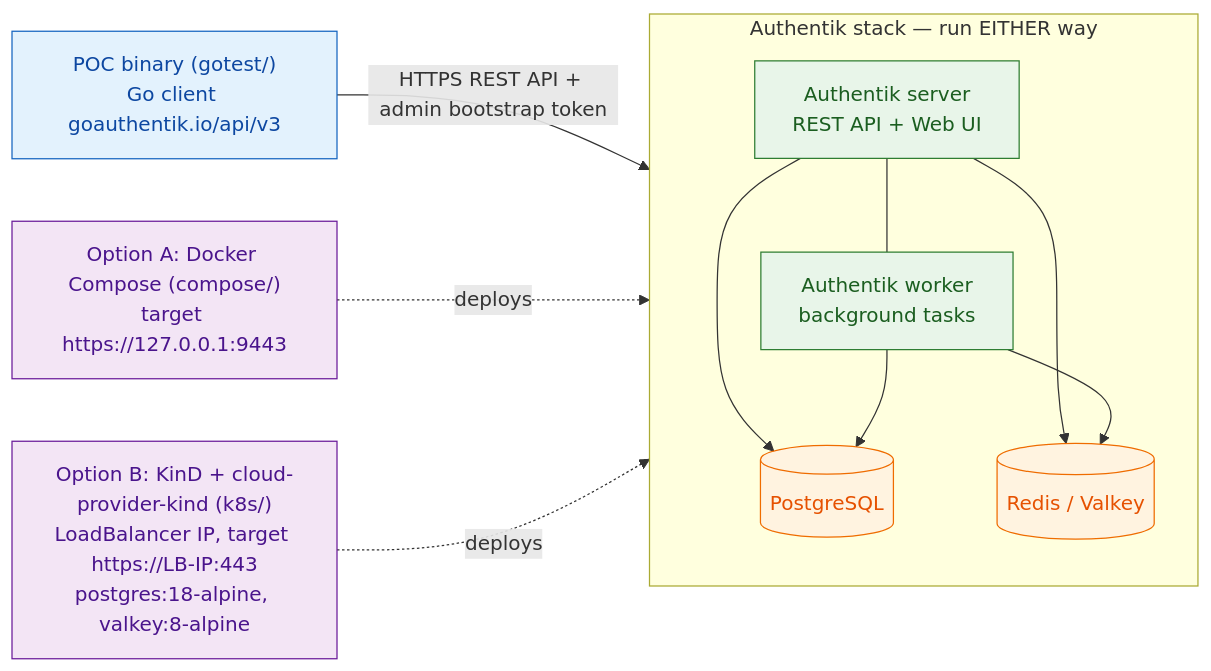
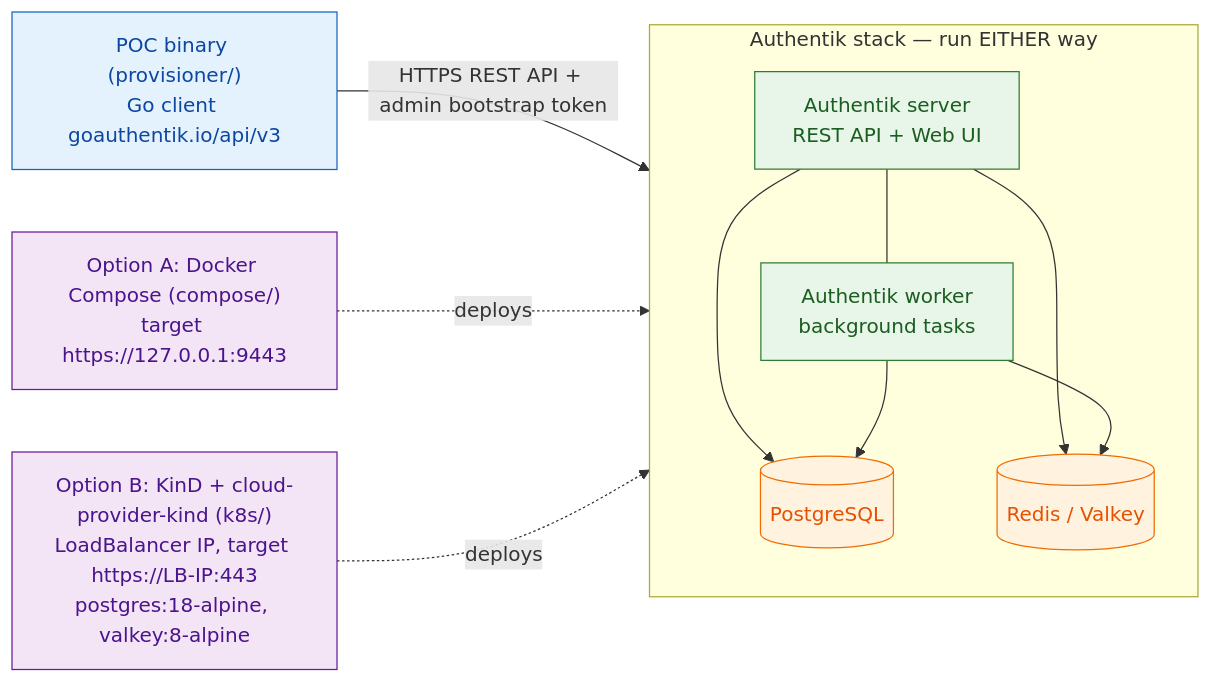
One commit to AndriyKalashnykov/authentik-k8s changed the first of 2 diagrams in README.md. Above: the diagram before and after it, drawn with Mermaid. The commit also changed other lines of this file and 21 other files, not shown here.

First line of the commit message:
refactor: rename gotest/ -> provisioner/; rework README header + badges (#16)

````diff
--- a/README.md
+++ b/README.md
@@ -15,34 +20,34 @@
 ```mermaid
 flowchart LR
-    POC["POC binary (gotest/)<br/>Go client goauthentik.io/api/v3"]
+    POC["POC binary (provisioner/)<br/>Go client goauthentik.io/api/v3"]
 
     subgraph AUTHENTIK["Authentik stack — run EITHER way"]
         direction TB
         SERVER["Authentik server<br/>REST API + Web UI"]
         WORKER["Authentik worker<br/>background tasks"]
         PG[("PostgreSQL")]
         REDIS[("Redis / Valkey")]
         SERVER --- WORKER
         SERVER --> PG
         SERVER --> REDIS
         WORKER --> PG
         WORKER --> REDIS
     end
 
     POC -->|"HTTPS REST API + admin bootstrap token"| SERVER
 
     COMPOSE["Option A: Docker Compose (compose/)<br/>target https://127.0.0.1:9443"]
     KIND["Option B: KinD + cloud-provider-kind (k8s/)<br/>LoadBalancer IP, target https://LB-IP:443<br/>postgres:18-alpine, valkey:8-alpine"]
 
     COMPOSE -.deploys.-> AUTHENTIK
     KIND -.deploys.-> AUTHENTIK
 
     classDef poc fill:#e3f2fd,stroke:#1565c0,color:#0d47a1;
     classDef svc fill:#e8f5e9,stroke:#2e7d32,color:#1b5e20;
     classDef data fill:#fff3e0,stroke:#ef6c00,color:#e65100;
     classDef deploy fill:#f3e5f5,stroke:#6a1b9a,color:#4a148c;
     class POC poc;
     class SERVER,WORKER svc;
     class PG,REDIS data;
     class COMPOSE,KIND deploy;
 ```
````
